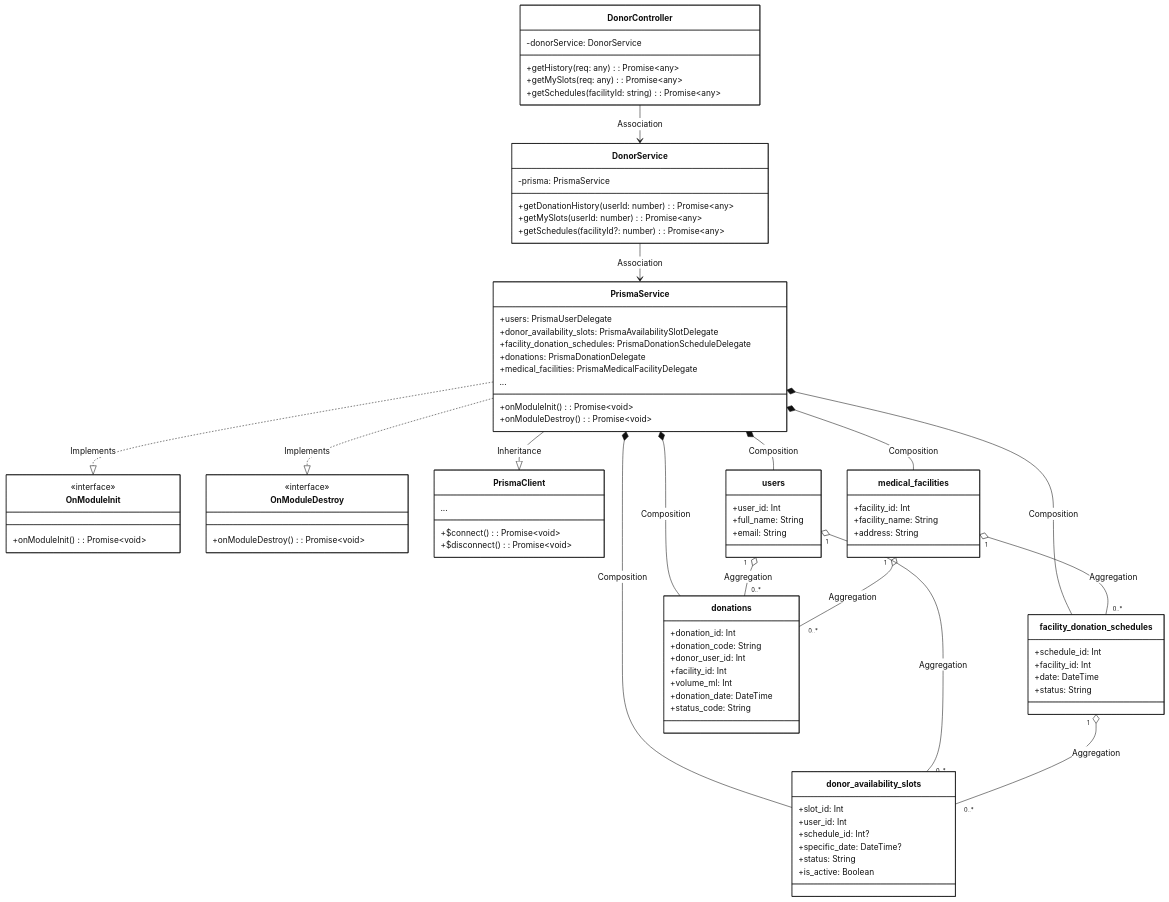
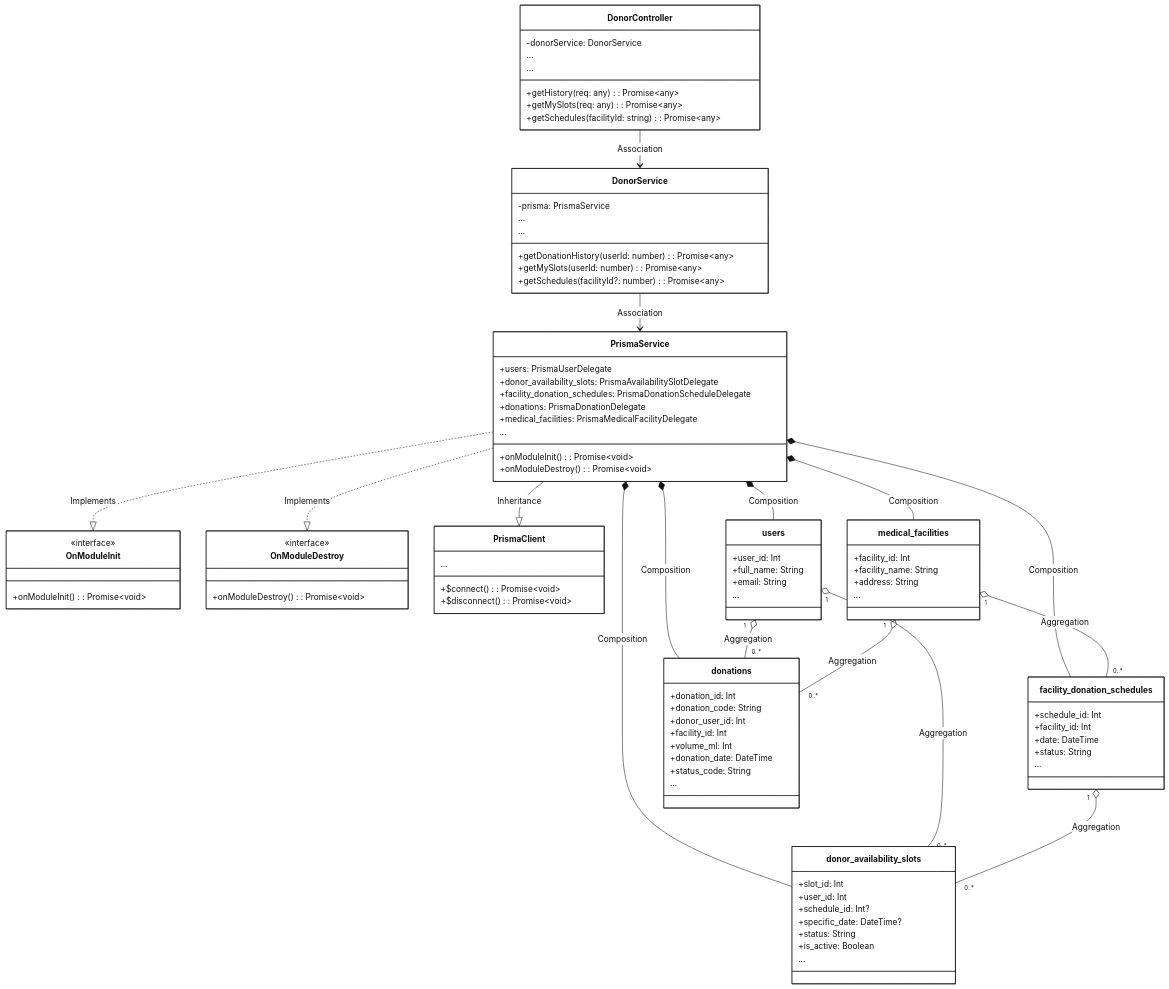
Before and after one commit to CuongBC195/class-diagram-donation-blood: the fifth of 7 diagrams in modules_mermaid/03_donor.md, drawn with Mermaid. The commit also changed other lines of this file and 39 other files, not shown here.

Commit message:
fix(diagrams): apply strict ellipsis rules and synchronize entity/DTO relationships across all 13 modules

```diff
--- a/modules_mermaid/03_donor.md
+++ b/modules_mermaid/03_donor.md
@@ -589,16 +664,20 @@
 
 class DonorController {
   -donorService: DonorService
+  ...
   +getHistory(req: any): Promise~any~
   +getMySlots(req: any): Promise~any~
   +getSchedules(facilityId: string): Promise~any~
+  ...
 }
 
 class DonorService {
   -prisma: PrismaService
+  ...
   +getDonationHistory(userId: number): Promise~any~
   +getMySlots(userId: number): Promise~any~
   +getSchedules(facilityId?: number): Promise~any~
+  ...
 }
 
 class OnModuleInit {
@@ -632,6 +711,7 @@
   +user_id: Int
   +full_name: String
   +email: String
+  ...
 }
 
 class donor_availability_slots {
@@ -641,6 +721,7 @@
   +specific_date: DateTime?
   +status: String
   +is_active: Boolean
+  ...
 }
 
 class facility_donation_schedules {
@@ -648,6 +729,7 @@
   +facility_id: Int
   +date: DateTime
   +status: String
+  ...
 }
 
 class donations {
@@ -658,12 +740,14 @@
   +volume_ml: Int
   +donation_date: DateTime
   +status_code: String
+  ...
 }
 
 class medical_facilities {
   +facility_id: Int
   +facility_name: String
   +address: String
+  ...
 }
 
 DonorController --> DonorService : Association
```
